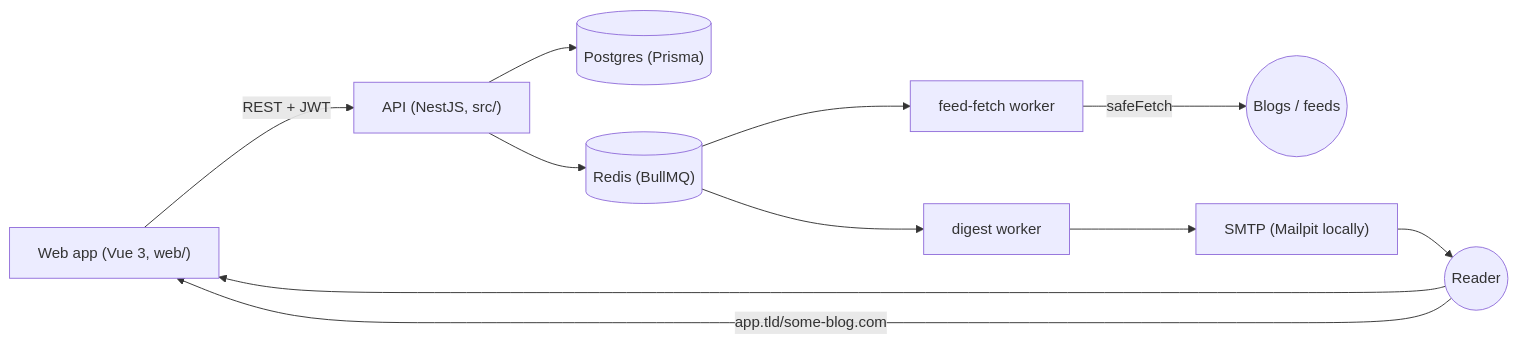
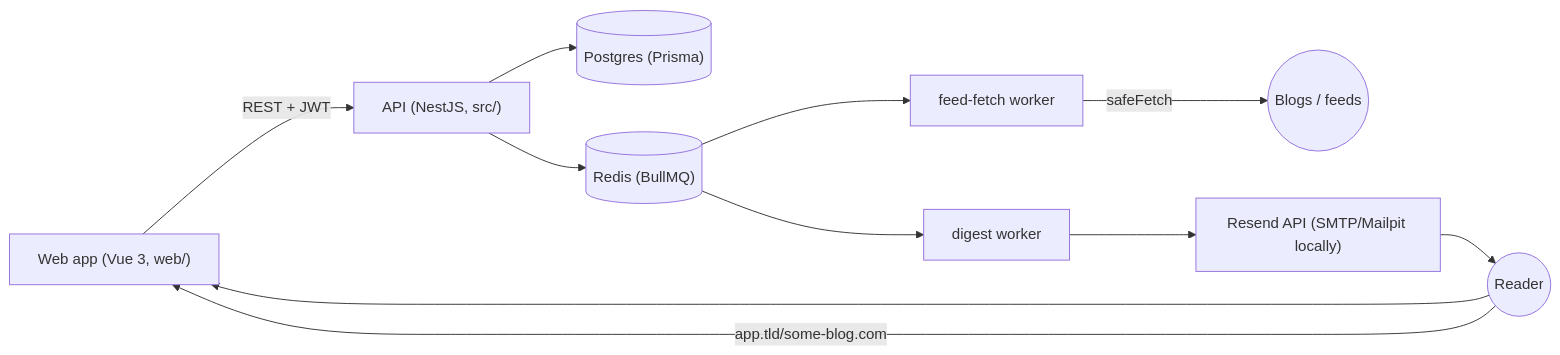
The diagram in docs/Architecture.md (ossycodes/tidepool), drawn with Mermaid before and after one commit. The commit also changed other lines of this file and 5 other files, not shown here.

First line of the commit message:
Send mail through Resend's HTTPS API in production

````diff
--- a/docs/Architecture.md
+++ b/docs/Architecture.md
@@ -9,13 +9,13 @@
 ```mermaid
 graph LR
   Web["Web app (Vue 3, web/)"] -->|REST + JWT| API["API (NestJS, src/)"]
   Reader(("Reader")) --> Web
   Reader -->|"app.tld/some-blog.com"| Web
   API --> PG[("Postgres (Prisma)")]
   API --> Redis[("Redis (BullMQ)")]
   Redis --> Fetch["feed-fetch worker"]
   Redis --> Digest["digest worker"]
   Fetch -->|safeFetch| Blogs(("Blogs / feeds"))
-  Digest --> SMTP["SMTP (Mailpit locally)"]
-  SMTP --> Reader
+  Digest --> Mail["Resend API (SMTP/Mailpit locally)"]
+  Mail --> Reader
 ```
````
